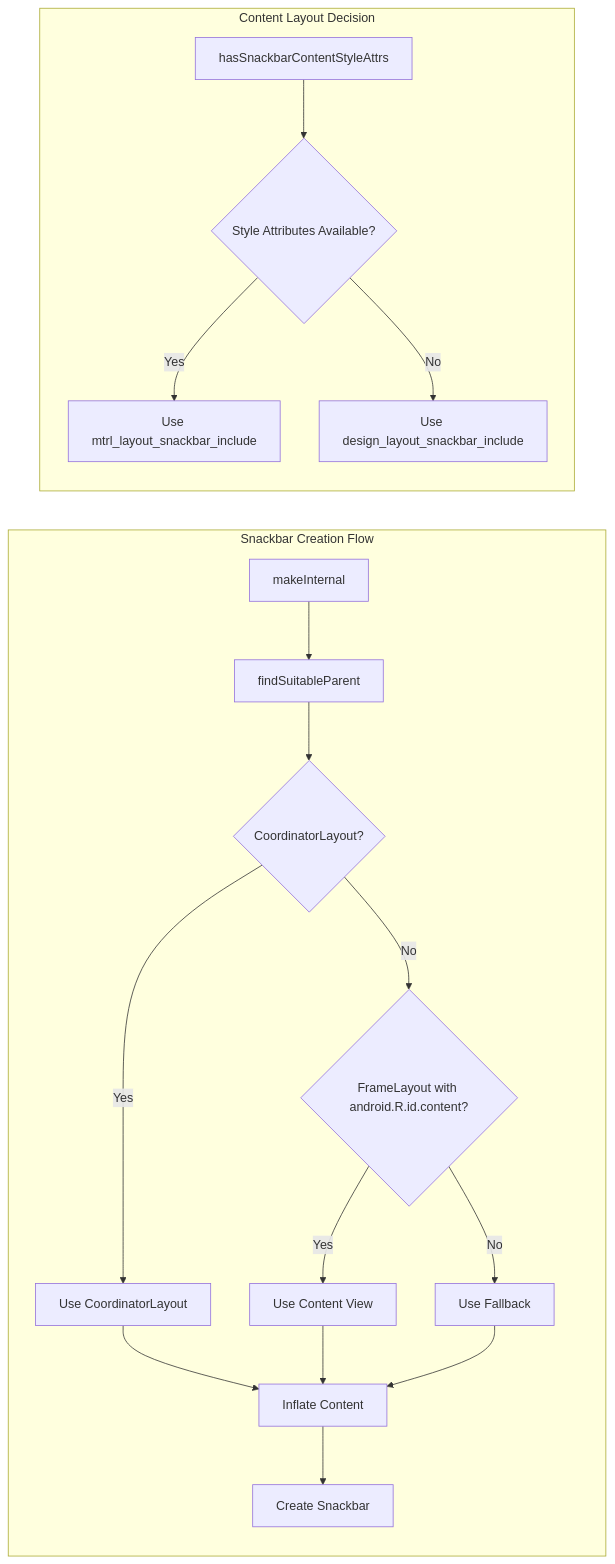
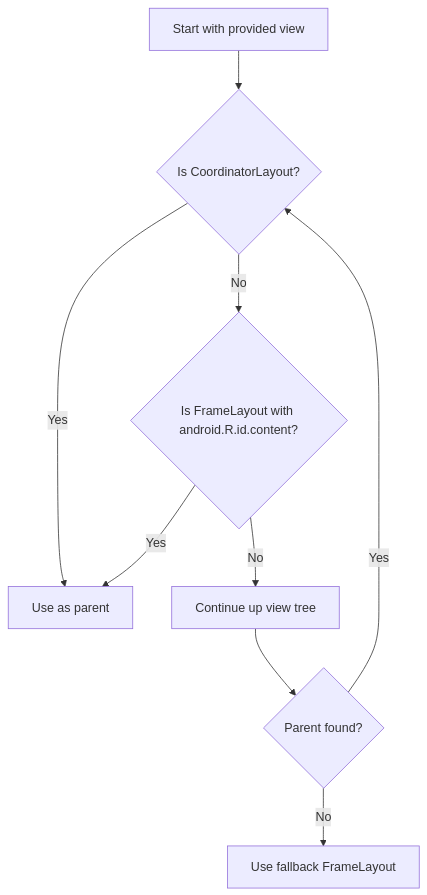
One commit to FSoft-AI4Code/codewiki-demo changed the fourth of 4 diagrams in docs/material-components--material-components-android-docs/snackbar-implementation.md. Above: the diagram before and after it, drawn with Mermaid. The commit also changed other lines of this file and 1103 other files, not shown here.

````diff
--- a/docs/material-components--material-components-android-docs/snackbar-implementation.md
+++ b/docs/material-components--material-components-android-docs/snackbar-implementation.md
@@ -88,21 +153,11 @@
 ```mermaid
-graph LR
-    subgraph "Snackbar Creation Flow"
-        A[makeInternal] --> B[findSuitableParent]
-        B --> C{CoordinatorLayout?}
-        C -->|Yes| D[Use CoordinatorLayout]
-        C -->|No| E{FrameLayout with android.R.id.content?}
-        E -->|Yes| F[Use Content View]
-        E -->|No| G[Use Fallback]
-        D --> H[Inflate Content]
-        F --> H
-        G --> H
-        H --> I[Create Snackbar]
-    end
-    
-    subgraph "Content Layout Decision"
-        J[hasSnackbarContentStyleAttrs] --> K{Style Attributes Available?}
-        K -->|Yes| L[Use mtrl_layout_snackbar_include]
-        K -->|No| M[Use design_layout_snackbar_include]
-    end
+flowchart TD
+    A[Start with provided view] --> B{Is CoordinatorLayout?}
+    B -->|Yes| C[Use as parent]
+    B -->|No| D{Is FrameLayout with android.R.id.content?}
+    D -->|Yes| C
+    D -->|No| E[Continue up view tree]
+    E --> F{Parent found?}
+    F -->|Yes| B
+    F -->|No| G[Use fallback FrameLayout]
 ```
````
